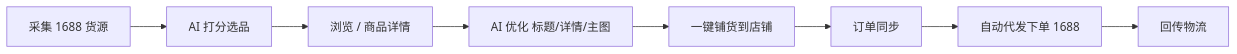
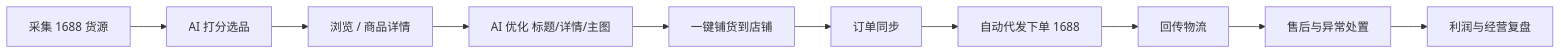
Before and after one commit to harzss/supplier: the diagram in docs/09-main-flow.md, drawn with Mermaid. The commit also changed other lines of this file and 29 other files, not shown here.

````diff
--- a/docs/09-main-flow.md
+++ b/docs/09-main-flow.md
@@ -12,10 +12,12 @@
 ```mermaid
 flowchart LR
     A[采集 1688 货源] --> B[AI 打分选品]
     B --> C[浏览 / 商品详情]
     C --> D[AI 优化 标题/详情/主图]
     D --> E[一键铺货到店铺]
     E --> F[订单同步]
     F --> G[自动代发下单 1688]
     G --> H[回传物流]
+    H --> I[售后与异常处置]
+    I --> J[利润与经营复盘]
 ```
````
